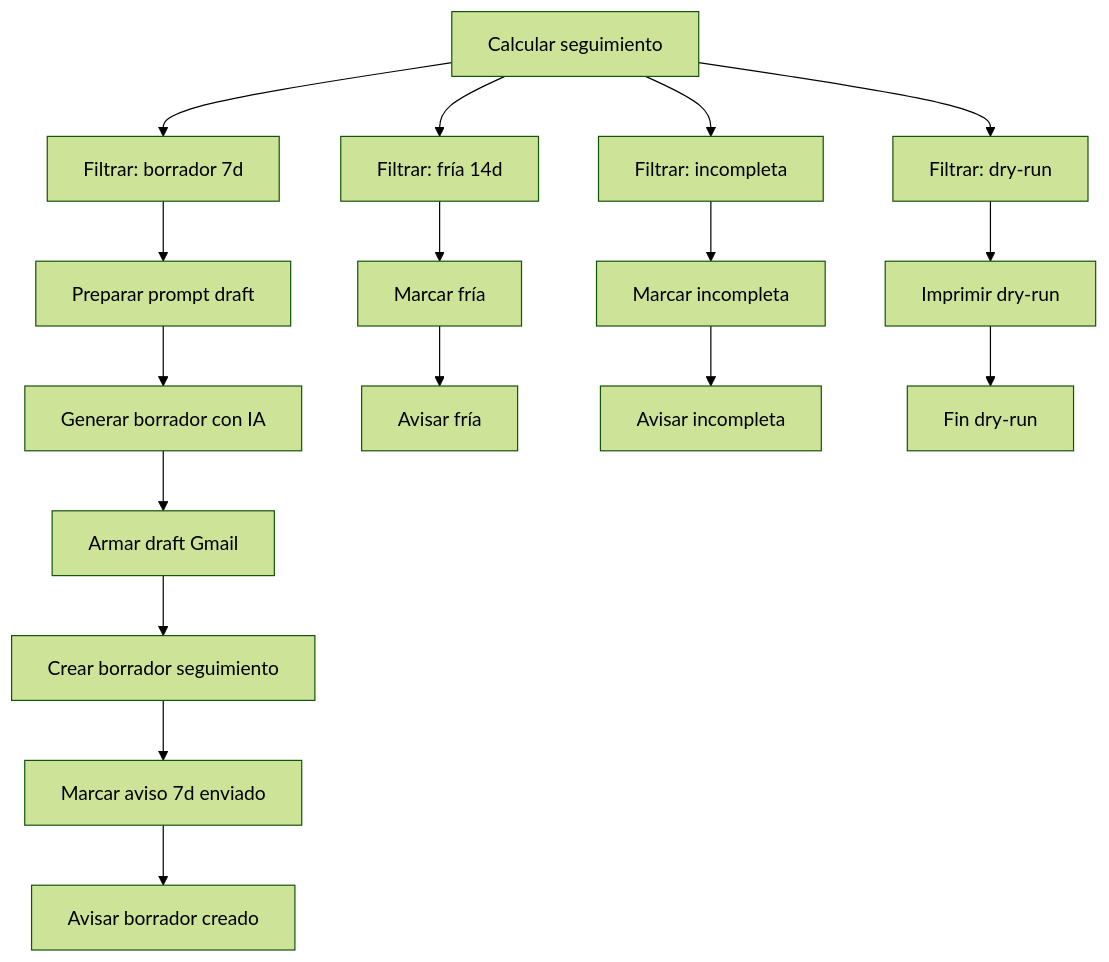
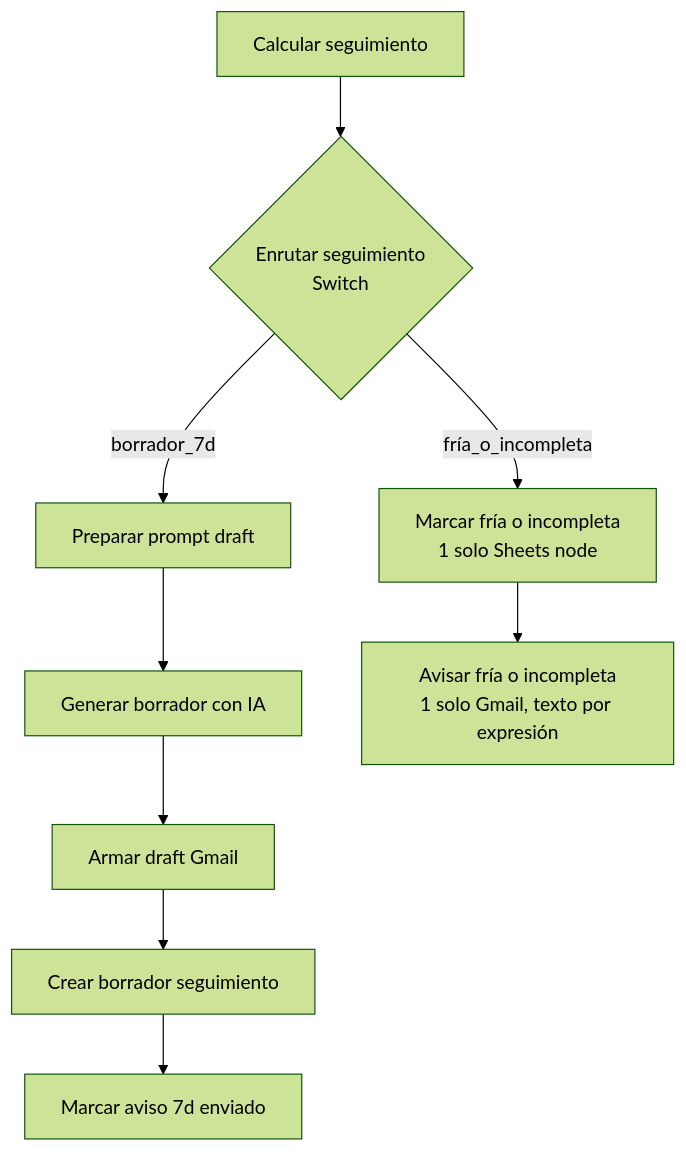
One commit to SMsimarco/radar-empleos changed the second of 4 diagrams in README.md. Above: the diagram before and after it, drawn with Mermaid (forest theme). The commit also changed other lines of this file and 1 other file, not shown here.

First line of the commit message:
Simplificar rama de seguimiento de 44 a 30 nodos, arreglar bloqueo de \$env

````diff
--- a/README.md
+++ b/README.md
@@ -45,12 +49,6 @@
 ```mermaid
 flowchart TD
-    S[Calcular seguimiento] --> F7[Filtrar: borrador 7d]
-    S --> F14[Filtrar: fría 14d]
-    S --> FI[Filtrar: incompleta]
-    S --> FD[Filtrar: dry-run]
-
-    F7 --> P7[Preparar prompt draft] --> H7[Generar borrador con IA] --> A7[Armar draft Gmail] --> G7[Crear borrador seguimiento] --> M7[Marcar aviso 7d enviado] --> N7[Avisar borrador creado]
-    F14 --> M14[Marcar fría] --> N14[Avisar fría]
-    FI --> MI[Marcar incompleta] --> NI[Avisar incompleta]
-    FD --> ID[Imprimir dry-run] --> ND[Fin dry-run]
+    S[Calcular seguimiento] --> SW{Enrutar seguimiento<br/>Switch}
+    SW -->|borrador_7d| P7[Preparar prompt draft] --> H7[Generar borrador con IA] --> A7[Armar draft Gmail] --> G7[Crear borrador seguimiento] --> M7[Marcar aviso 7d enviado]
+    SW -->|fría_o_incompleta| M14[Marcar fría o incompleta<br/>1 solo Sheets node] --> N14[Avisar fría o incompleta<br/>1 solo Gmail, texto por expresión]
 ```
````
